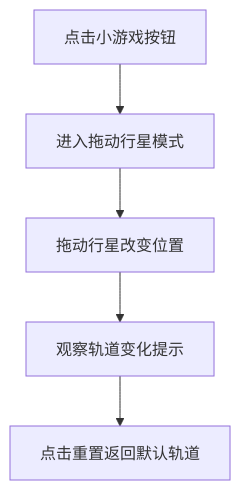
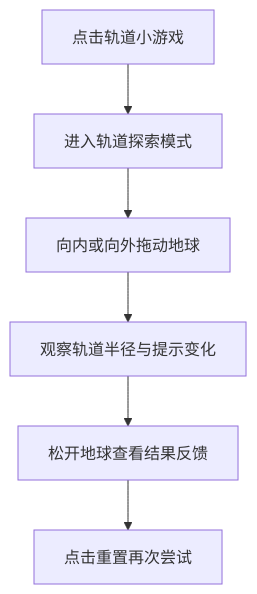
Before and after one commit to shf241/solarkids: the sixth of 8 diagrams in docs/用户操作流程图.md, drawn with Mermaid. The commit also changed other lines of this file and 7 other files, not shown here.

````diff
--- a/docs/用户操作流程图.md
+++ b/docs/用户操作流程图.md
@@ -102,7 +99,8 @@
 ```mermaid
 flowchart TD
-    A["点击小游戏按钮"] --> B["进入拖动行星模式"]
-    B --> C["拖动行星改变位置"]
-    C --> D["观察轨道变化提示"]
-    D --> E["点击重置返回默认轨道"]
+    A["点击轨道小游戏"] --> B["进入轨道探索模式"]
+    B --> C["向内或向外拖动地球"]
+    C --> D["观察轨道半径与提示变化"]
+    D --> E["松开地球查看结果反馈"]
+    E --> F["点击重置再次尝试"]
 ```
````
